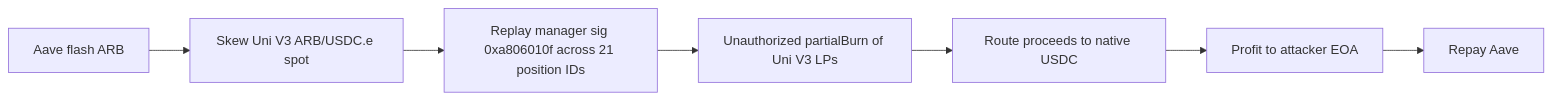
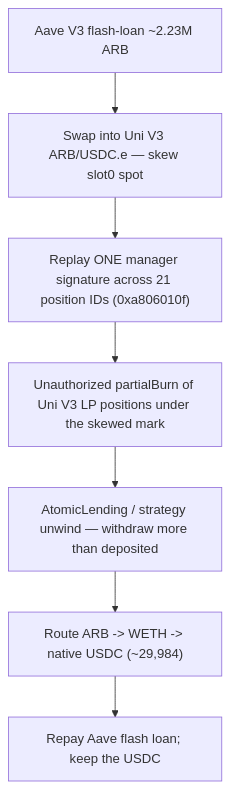
One commit to sanbir/evm-hack-registry changed the diagram in 2026-08-AtomicAtomicLendingOracleManipulation_exp/AtomicAtomicLendingOracleManipulation_exp.md. Above: the diagram before and after it, drawn with Mermaid. The commit also changed other lines of this file and 60 other files, not shown here.

````diff
--- a/2026-08-AtomicAtomicLendingOracleManipulation_exp/AtomicAtomicLendingOracleManipulation_exp.md
+++ b/2026-08-AtomicAtomicLendingOracleManipulation_exp/AtomicAtomicLendingOracleManipulation_exp.md
@@ -87,9 +113,9 @@
 ```mermaid
-flowchart LR
-  A[Aave flash ARB] --> B[Skew Uni V3 ARB/USDC.e spot]
-  B --> C["Replay manager sig 0xa806010f across 21 position IDs"]
-  C --> D[Unauthorized partialBurn of Uni V3 LPs]
-  D --> E[Route proceeds to native USDC]
-  E --> F[Profit to attacker EOA]
-  F --> G[Repay Aave]
+flowchart TD
+  A["Aave V3 flash-loan ~2.23M ARB"] --> B["Swap into Uni V3 ARB/USDC.e — skew slot0 spot"]
+  B --> C["Replay ONE manager signature across 21 position IDs (0xa806010f)"]
+  C --> D["Unauthorized partialBurn of Uni V3 LP positions under the skewed mark"]
+  D --> E["AtomicLending / strategy unwind — withdraw more than deposited"]
+  E --> F["Route ARB -> WETH -> native USDC (~29,984)"]
+  F --> G["Repay Aave flash loan; keep the USDC"]
 ```
````
